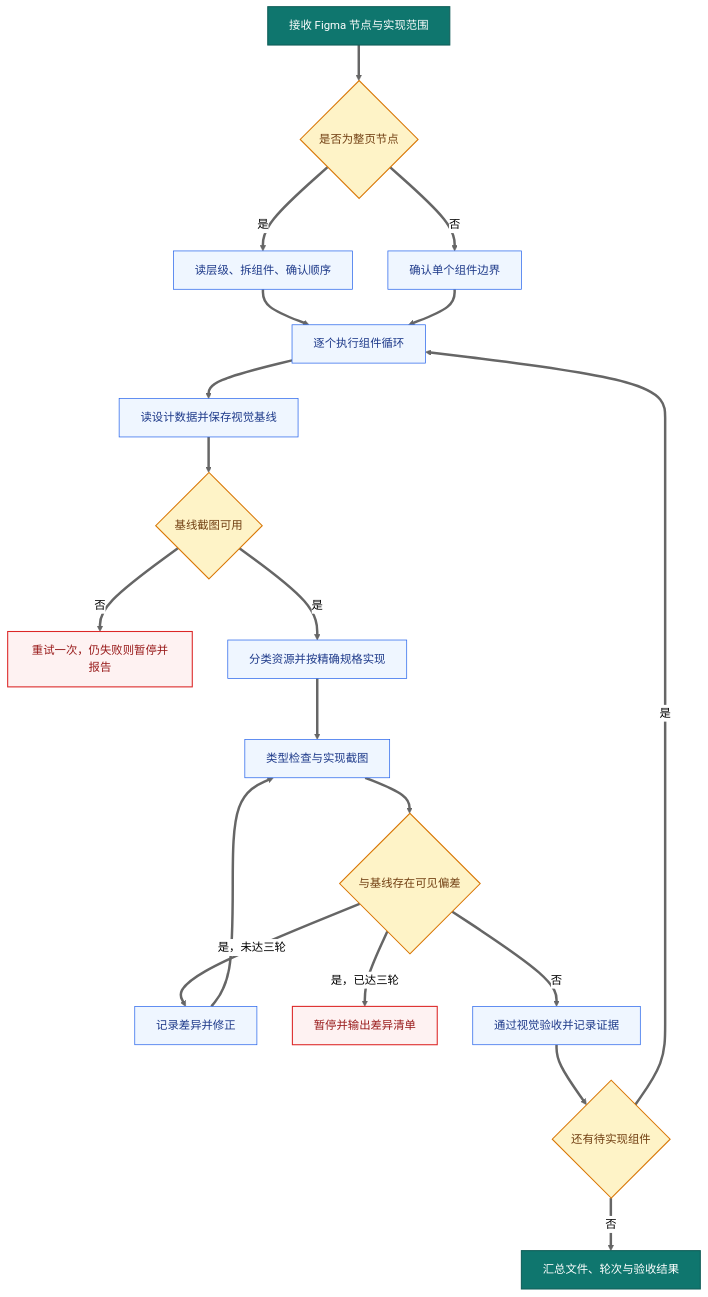
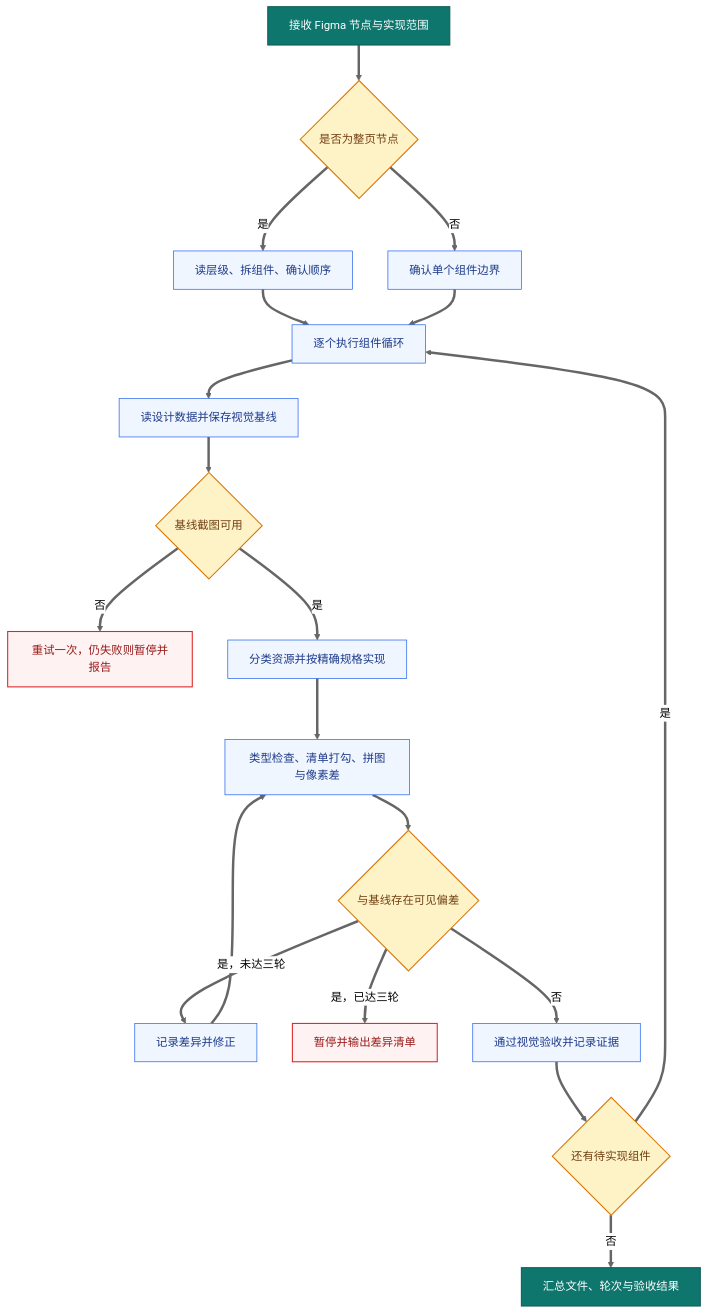
Before and after one commit to EmotionlessHank/amazing-dev-skills: the diagram in figma-impl/SKILL.md, drawn with Mermaid (neutral theme). The commit also changed other lines of this file and 1 other file, not shown here.

````diff
--- a/figma-impl/SKILL.md
+++ b/figma-impl/SKILL.md
@@ -35,33 +35,33 @@
 ```mermaid
 flowchart TD
     accTitle: Figma 实现与视觉验收流程 | Figma implementation and visual acceptance flow
     accDescr: 从节点确认到逐组件视觉验收的受控实现流程 | controlled implementation from node confirmation to per-component visual acceptance
 
     A[接收 Figma 节点与实现范围] ==> B{是否为整页节点}
     B ==> |是| C[读层级、拆组件、确认顺序]
     B ==> |否| D[确认单个组件边界]
     C ==> E[逐个执行组件循环]
     D ==> E
     E ==> F[读设计数据并保存视觉基线]
     F ==> G{基线截图可用}
     G ==> |否| H[重试一次，仍失败则暂停并报告]
     G ==> |是| I[分类资源并按精确规格实现]
-    I ==> J[类型检查与实现截图]
+    I ==> J[类型检查、清单打勾、拼图与像素差]
     J ==> K{与基线存在可见偏差}
     K ==> |是，未达三轮| L[记录差异并修正]
     L ==> J
     K ==> |是，已达三轮| M[暂停并输出差异清单]
     K ==> |否| N[通过视觉验收并记录证据]
     N ==> O{还有待实现组件}
     O ==> |是| E
     O ==> |否| P[汇总文件、轮次与验收结果]
 
     classDef startEnd fill:#0f766e,color:#ffffff,stroke:#115e59,stroke-width:1.5px
     classDef gate fill:#fef3c7,color:#713f12,stroke:#d97706,stroke-width:1.5px
     classDef work fill:#eff6ff,color:#1e3a8a,stroke:#2563eb
     classDef risk fill:#fef2f2,color:#991b1b,stroke:#dc2626,stroke-width:1.5px
     class A,P startEnd
     class B,G,K,O gate
     class C,D,E,F,I,J,L,N work
     class H,M risk
 ```
````
